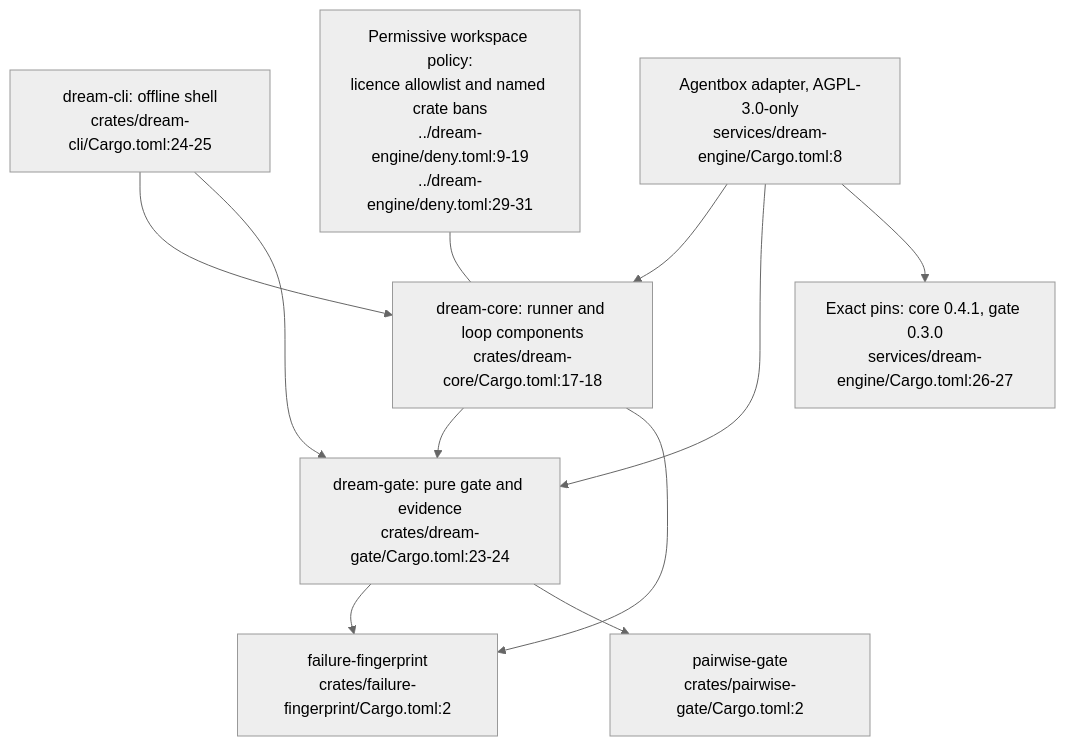
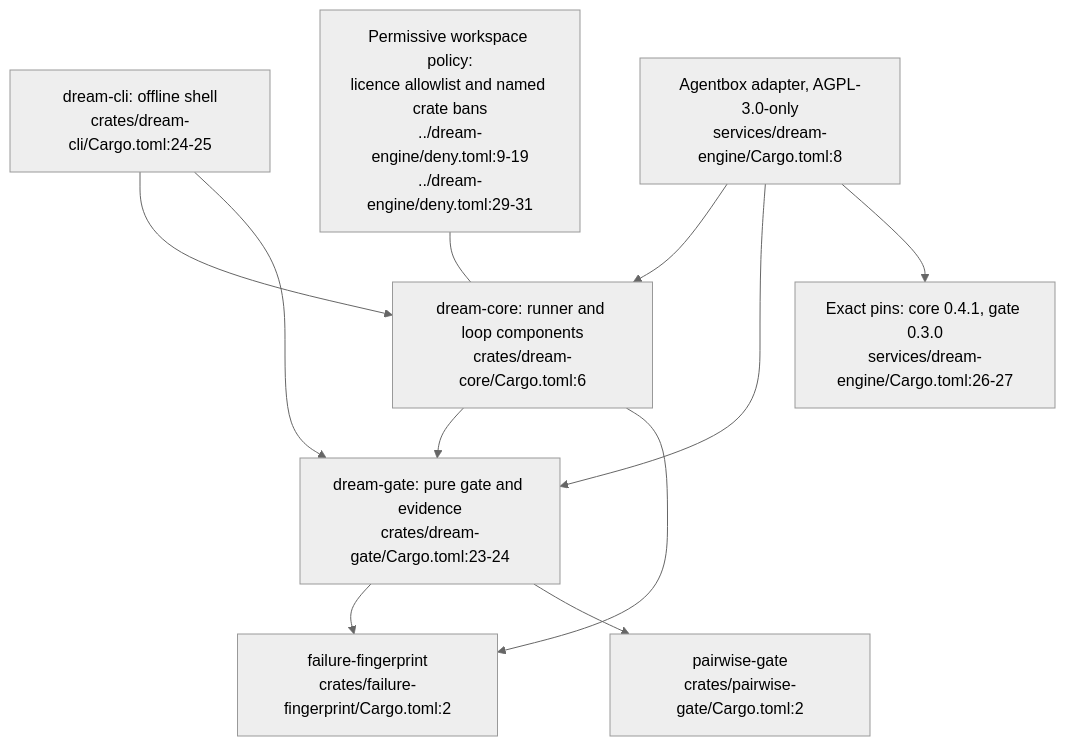
One commit to DreamLab-AI/VisionFlow changed the first of 2 diagrams in docs/diagrams/dream-engine/01-crates-licence-boundary-and-estate-status.md. Above: the diagram before and after it, drawn with Mermaid (neutral theme). The commit also changed other lines of this file and 48 other files, not shown here.

Commit message:
docs: reconcile estate repairs and first diagram refresh batch

````diff
--- a/docs/diagrams/dream-engine/01-crates-licence-boundary-and-estate-status.md
+++ b/docs/diagrams/dream-engine/01-crates-licence-boundary-and-estate-status.md
@@ -42,13 +42,13 @@
 ```mermaid
 flowchart TB
-    CLI["dream-cli: offline shell<br/>crates/dream-cli/Cargo.toml:24-25"] --> DC["dream-core: runner and loop components<br/>crates/dream-core/Cargo.toml:17-18"]
+    CLI["dream-cli: offline shell<br/>crates/dream-cli/Cargo.toml:24-25"] --> DC["dream-core: runner and loop components<br/>crates/dream-core/Cargo.toml:6"]
     CLI --> DG["dream-gate: pure gate and evidence<br/>crates/dream-gate/Cargo.toml:23-24"]
     DC --> DG
     DC --> FF["failure-fingerprint<br/>crates/failure-fingerprint/Cargo.toml:2"]
     DG --> FF
     DG --> PG["pairwise-gate<br/>crates/pairwise-gate/Cargo.toml:2"]
     AD["Agentbox adapter, AGPL-3.0-only<br/>services/dream-engine/Cargo.toml:8"] --> DC
     AD --> DG
     AD --> PIN["Exact pins: core 0.4.1, gate 0.3.0<br/>services/dream-engine/Cargo.toml:26-27"]
     DENY["Permissive workspace policy:<br/>licence allowlist and named crate bans<br/>../dream-engine/deny.toml:9-19<br/>../dream-engine/deny.toml:29-31"] --- DC
 ```
````
